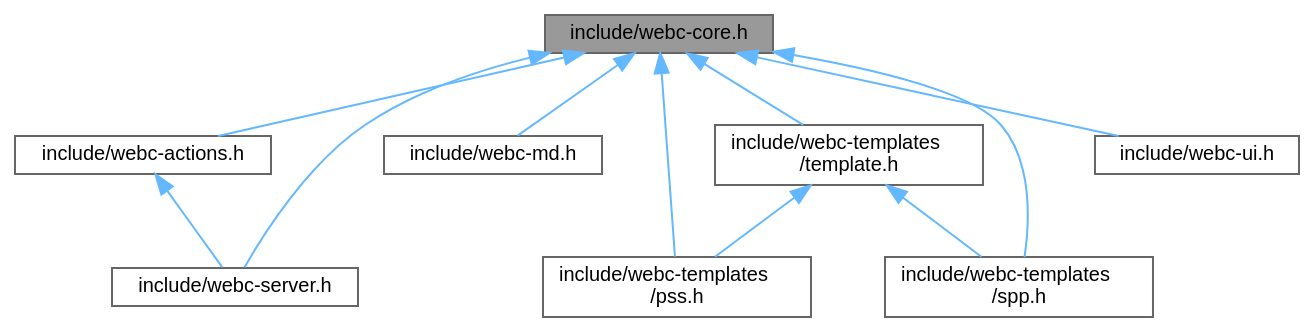
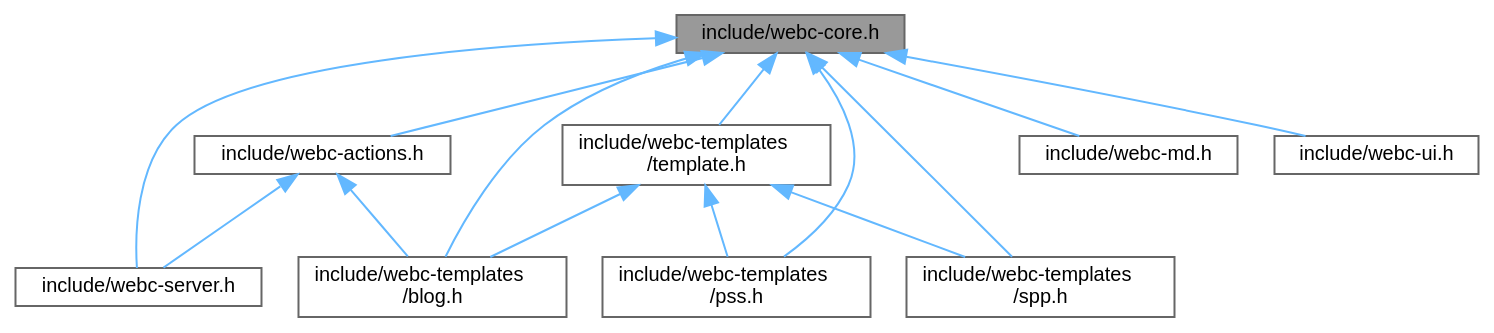
The diagram in docs/webc-core_8h__dep__incl.dot (KDesp73/webc-docs), drawn with Graphviz before and after one commit. The commit also changed 90 other files, not shown here.

```diff
--- a/docs/webc-core_8h__dep__incl.dot
+++ b/docs/webc-core_8h__dep__incl.dot
@@ -1,25 +1,29 @@
 digraph "include/webc-core.h"
 {
  // LATEX_PDF_SIZE
   bgcolor="transparent";
   edge [fontname=Helvetica,fontsize=10,labelfontname=Helvetica,labelfontsize=10];
   node [fontname=Helvetica,fontsize=10,shape=box,height=0.2,width=0.4];
   Node1 [id="Node000001",label="include/webc-core.h",height=0.2,width=0.4,color="gray40", fillcolor="grey60", style="filled", fontcolor="black",tooltip=" "];
   Node1 -> Node2 [id="edge1_Node000001_Node000002",dir="back",color="steelblue1",style="solid",tooltip=" "];
   Node2 [id="Node000002",label="include/webc-actions.h",height=0.2,width=0.4,color="grey40", fillcolor="white", style="filled",URL="$webc-actions_8h.html",tooltip=" "];
   Node2 -> Node3 [id="edge2_Node000002_Node000003",dir="back",color="steelblue1",style="solid",tooltip=" "];
   Node3 [id="Node000003",label="include/webc-server.h",height=0.2,width=0.4,color="grey40", fillcolor="white", style="filled",URL="$webc-server_8h.html",tooltip=" "];
-  Node1 -> Node4 [id="edge3_Node000001_Node000004",dir="back",color="steelblue1",style="solid",tooltip=" "];
-  Node4 [id="Node000004",label="include/webc-md.h",height=0.2,width=0.4,color="grey40", fillcolor="white", style="filled",URL="$webc-md_8h.html",tooltip=" "];
-  Node1 -> Node3 [id="edge4_Node000001_Node000003",dir="back",color="steelblue1",style="solid",tooltip=" "];
-  Node1 -> Node5 [id="edge5_Node000001_Node000005",dir="back",color="steelblue1",style="solid",tooltip=" "];
-  Node5 [id="Node000005",label="include/webc-templates\l/pss.h",height=0.2,width=0.4,color="grey40", fillcolor="white", style="filled",URL="$pss_8h.html",tooltip=" "];
-  Node1 -> Node6 [id="edge6_Node000001_Node000006",dir="back",color="steelblue1",style="solid",tooltip=" "];
-  Node6 [id="Node000006",label="include/webc-templates\l/spp.h",height=0.2,width=0.4,color="grey40", fillcolor="white", style="filled",URL="$spp_8h.html",tooltip=" "];
-  Node1 -> Node7 [id="edge7_Node000001_Node000007",dir="back",color="steelblue1",style="solid",tooltip=" "];
-  Node7 [id="Node000007",label="include/webc-templates\l/template.h",height=0.2,width=0.4,color="grey40", fillcolor="white", style="filled",URL="$template_8h.html",tooltip=" "];
-  Node7 -> Node5 [id="edge8_Node000007_Node000005",dir="back",color="steelblue1",style="solid",tooltip=" "];
-  Node7 -> Node6 [id="edge9_Node000007_Node000006",dir="back",color="steelblue1",style="solid",tooltip=" "];
-  Node1 -> Node8 [id="edge10_Node000001_Node000008",dir="back",color="steelblue1",style="solid",tooltip=" "];
-  Node8 [id="Node000008",label="include/webc-ui.h",height=0.2,width=0.4,color="grey40", fillcolor="white", style="filled",URL="$webc-ui_8h.html",tooltip=" "];
+  Node2 -> Node4 [id="edge3_Node000002_Node000004",dir="back",color="steelblue1",style="solid",tooltip=" "];
+  Node4 [id="Node000004",label="include/webc-templates\l/blog.h",height=0.2,width=0.4,color="grey40", fillcolor="white", style="filled",URL="$blog_8h.html",tooltip=" "];
+  Node1 -> Node5 [id="edge4_Node000001_Node000005",dir="back",color="steelblue1",style="solid",tooltip=" "];
+  Node5 [id="Node000005",label="include/webc-md.h",height=0.2,width=0.4,color="grey40", fillcolor="white", style="filled",URL="$webc-md_8h.html",tooltip=" "];
+  Node1 -> Node3 [id="edge5_Node000001_Node000003",dir="back",color="steelblue1",style="solid",tooltip=" "];
+  Node1 -> Node4 [id="edge6_Node000001_Node000004",dir="back",color="steelblue1",style="solid",tooltip=" "];
+  Node1 -> Node6 [id="edge7_Node000001_Node000006",dir="back",color="steelblue1",style="solid",tooltip=" "];
+  Node6 [id="Node000006",label="include/webc-templates\l/pss.h",height=0.2,width=0.4,color="grey40", fillcolor="white", style="filled",URL="$pss_8h.html",tooltip=" "];
+  Node1 -> Node7 [id="edge8_Node000001_Node000007",dir="back",color="steelblue1",style="solid",tooltip=" "];
+  Node7 [id="Node000007",label="include/webc-templates\l/spp.h",height=0.2,width=0.4,color="grey40", fillcolor="white", style="filled",URL="$spp_8h.html",tooltip=" "];
+  Node1 -> Node8 [id="edge9_Node000001_Node000008",dir="back",color="steelblue1",style="solid",tooltip=" "];
+  Node8 [id="Node000008",label="include/webc-templates\l/template.h",height=0.2,width=0.4,color="grey40", fillcolor="white", style="filled",URL="$template_8h.html",tooltip=" "];
+  Node8 -> Node4 [id="edge10_Node000008_Node000004",dir="back",color="steelblue1",style="solid",tooltip=" "];
+  Node8 -> Node6 [id="edge11_Node000008_Node000006",dir="back",color="steelblue1",style="solid",tooltip=" "];
+  Node8 -> Node7 [id="edge12_Node000008_Node000007",dir="back",color="steelblue1",style="solid",tooltip=" "];
+  Node1 -> Node9 [id="edge13_Node000001_Node000009",dir="back",color="steelblue1",style="solid",tooltip=" "];
+  Node9 [id="Node000009",label="include/webc-ui.h",height=0.2,width=0.4,color="grey40", fillcolor="white", style="filled",URL="$webc-ui_8h.html",tooltip=" "];
 }
```
